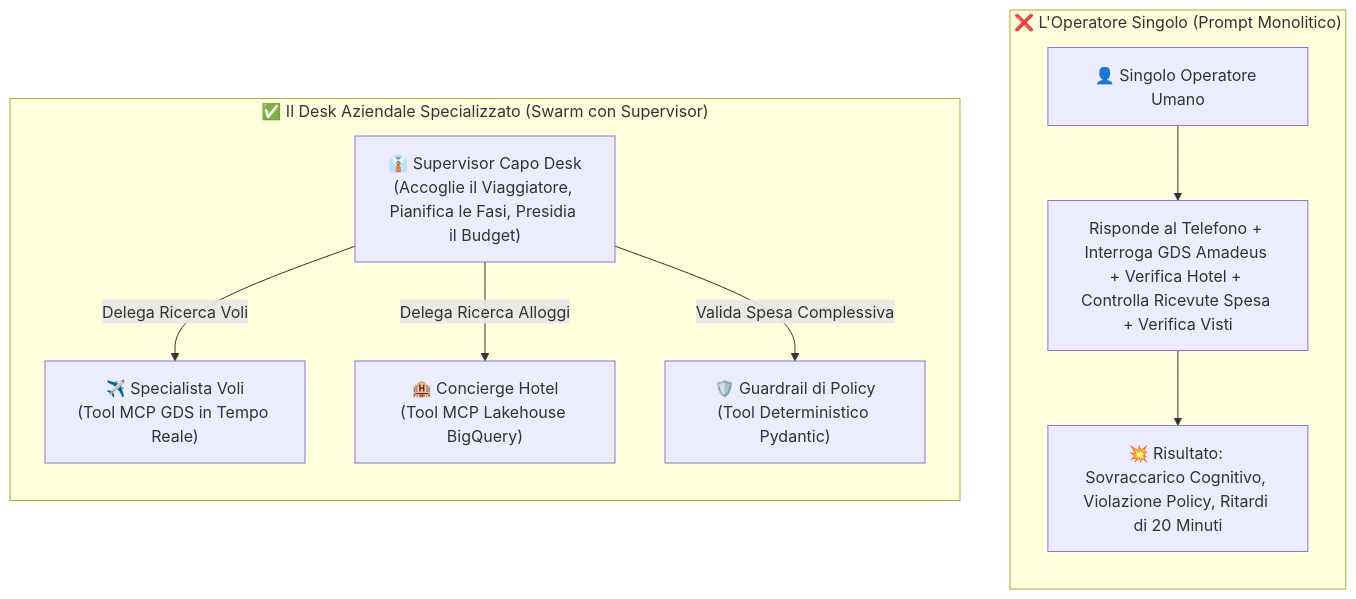
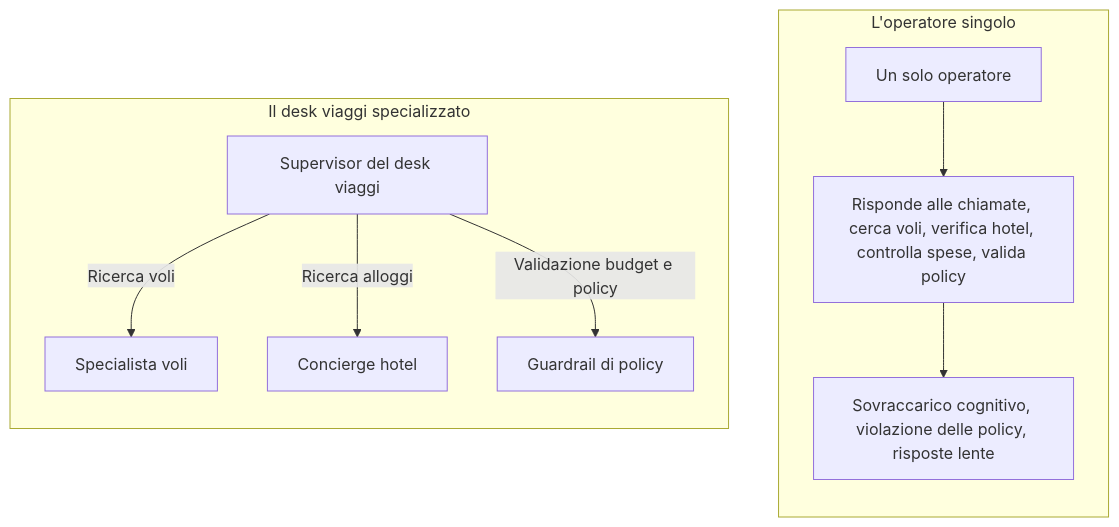
Before and after one commit to tharun15/gcloudcafe: the first of 3 diagrams in content/italian/blog/gemini-enterprise-multi-agent-swarm-adk-mcp.md, drawn with Mermaid. The commit also changed other lines of this file and 1 other file, not shown here.

````diff
--- a/content/italian/blog/gemini-enterprise-multi-agent-swarm-adk-mcp.md
+++ b/content/italian/blog/gemini-enterprise-multi-agent-swarm-adk-mcp.md
@@ -46,21 +51,21 @@
 ```mermaid
 flowchart TD
-    subgraph Monolith["❌ L'Operatore Singolo (Prompt Monolitico)"]
+    subgraph Monolith["L'operatore singolo"]
         direction TB
-        M1["👤 Singolo Operatore Umano"]
-        M2["Risponde al Telefono + Interroga GDS Amadeus + Verifica Hotel + Controlla Ricevute Spesa + Verifica Visti"]
-        M3["💥 Risultato: Sovraccarico Cognitivo, Violazione Policy, Ritardi di 20 Minuti"]
+        M1["Un solo operatore"]
+        M2["Risponde alle chiamate, cerca voli, verifica hotel, controlla spese, valida policy"]
+        M3["Sovraccarico cognitivo, violazione delle policy, risposte lente"]
         M1 --> M2 --> M3
     end
 
-    subgraph MultiAgent["✅ Il Desk Aziendale Specializzato (Swarm con Supervisor)"]
+    subgraph MultiAgent["Il desk viaggi specializzato"]
         direction TB
-        S["👔 Supervisor Capo Desk<br/>(Accoglie il Viaggiatore, Pianifica le Fasi, Presidia il Budget)"]
-        W1["✈️ Specialista Voli<br/>(Tool MCP GDS in Tempo Reale)"]
-        W2["🏨 Concierge Hotel<br/>(Tool MCP Lakehouse BigQuery)"]
-        W3["🛡️ Guardrail di Policy<br/>(Tool Deterministico Pydantic)"]
-        S -->|"Delega Ricerca Voli"| W1
-        S -->|"Delega Ricerca Alloggi"| W2
-        S -->|"Valida Spesa Complessiva"| W3
+        S["Supervisor del desk viaggi"]
+        W1["Specialista voli"]
+        W2["Concierge hotel"]
+        W3["Guardrail di policy"]
+        S -->|"Ricerca voli"| W1
+        S -->|"Ricerca alloggi"| W2
+        S -->|"Validazione budget e policy"| W3
     end
 ```
````
